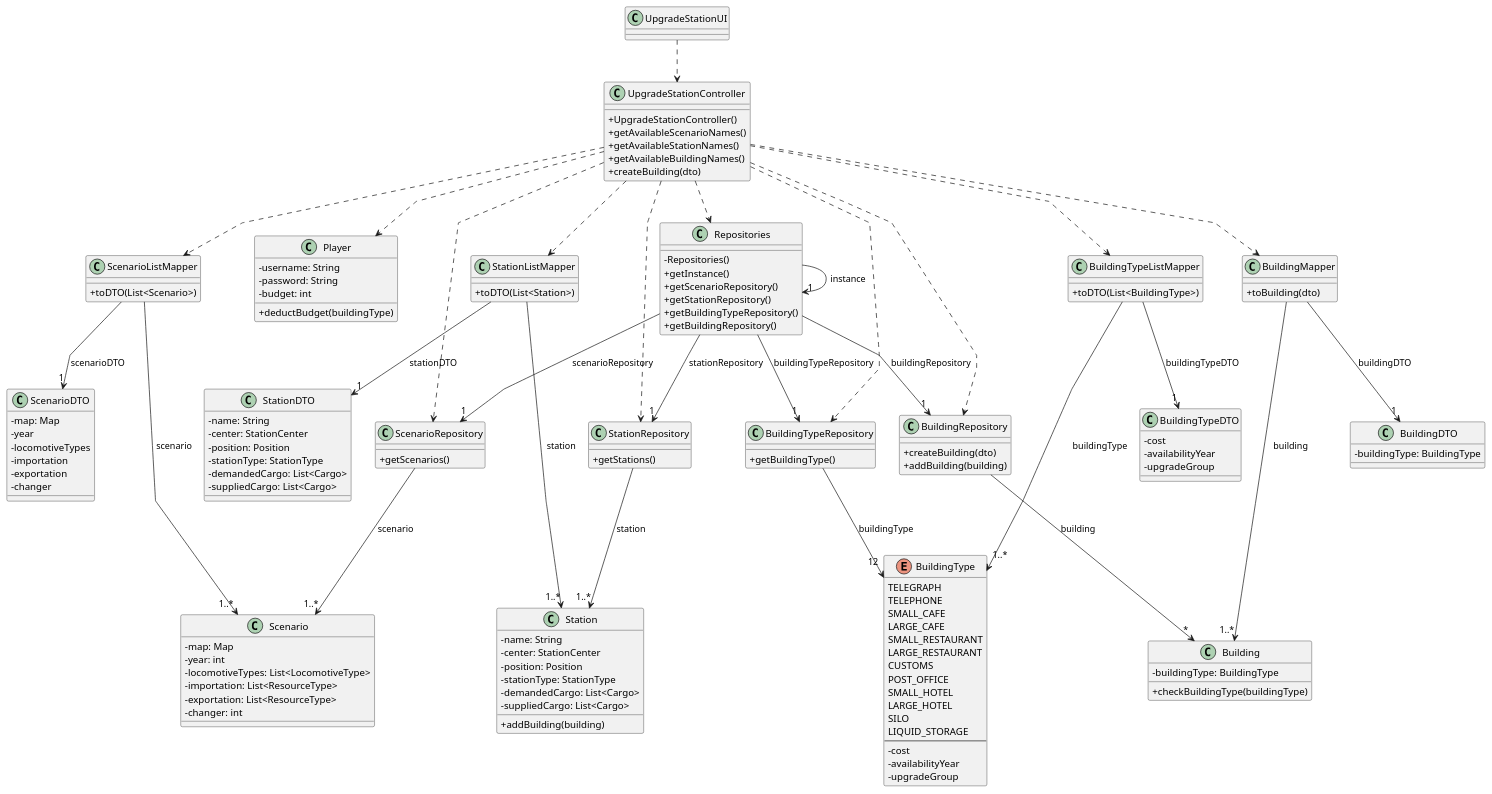
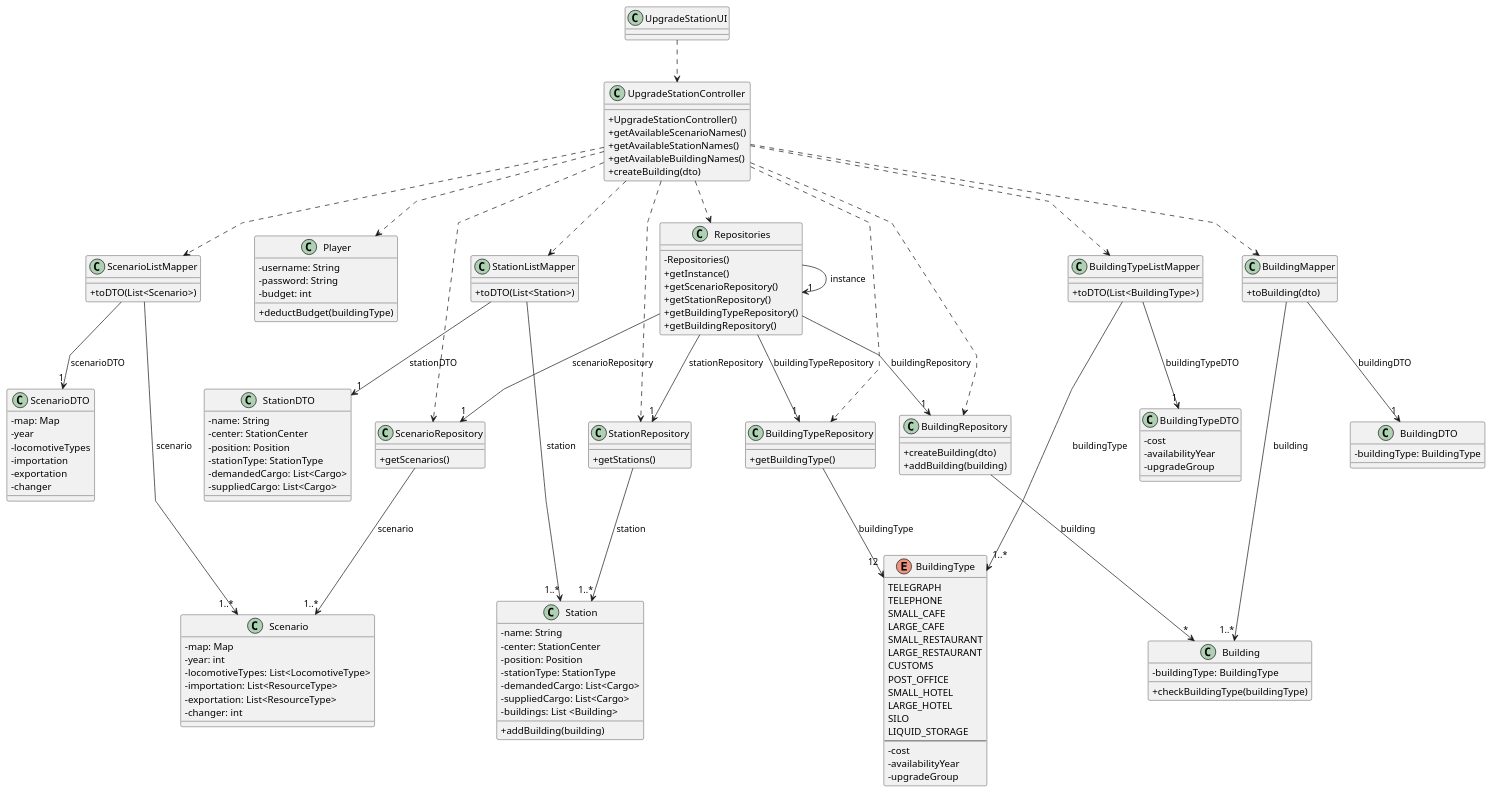
The diagram in Sprint3/US006/03.design/puml/US006-CD.puml (1240935/pi2-railway-simulator), drawn with PlantUML before and after one commit. The commit also changed 6 other files, not shown here.

```diff
--- a/Sprint3/US006/03.design/puml/US006-CD.puml
+++ b/Sprint3/US006/03.design/puml/US006-CD.puml
@@ -1,176 +1,177 @@
 @startuml
 'skinparam monochrome true
 skinparam packageStyle rectangle
 skinparam shadowing false
 skinparam linetype polyline
 'skinparam linetype orto
 
 skinparam classAttributeIconSize 0
 
 'left to right direction
 
 class UpgradeStationUI
 
 class UpgradeStationController {
   + UpgradeStationController()
   + getAvailableScenarioNames()
   + getAvailableStationNames()
   + getAvailableBuildingNames()
   + createBuilding(dto)
 }
 
 class Player {
     - username: String
     - password: String
     - budget: int
   + deductBudget(buildingType)
 }
 
 class Scenario{
     - map: Map
     - year: int
     - locomotiveTypes: List<LocomotiveType>
     - importation: List<ResourceType>
     - exportation: List<ResourceType>
     - changer: int
 }
 
 class Station {
     -name: String
     -center: StationCenter
     -position: Position
     -stationType: StationType
     -demandedCargo: List<Cargo>
     -suppliedCargo: List<Cargo>
+    -buildings: List <Building>
     +addBuilding(building)
 }
 
 class Building {
   - buildingType: BuildingType
   + checkBuildingType(buildingType)
 }
 
 enum BuildingType {
   TELEGRAPH
   TELEPHONE
   SMALL_CAFE
   LARGE_CAFE
   SMALL_RESTAURANT
   LARGE_RESTAURANT
   CUSTOMS
   POST_OFFICE
   SMALL_HOTEL
   LARGE_HOTEL
   SILO
   LIQUID_STORAGE
   --
   -cost
   -availabilityYear
   -upgradeGroup
 }
 
 class ScenarioDTO {
   - map: Map
   - year
   - locomotiveTypes
   - importation
   - exportation
   - changer
 }
 
 class StationDTO {
       -name: String
       -center: StationCenter
       -position: Position
       -stationType: StationType
       -demandedCargo: List<Cargo>
       -suppliedCargo: List<Cargo>
 }
 
 class BuildingTypeDTO {
   - cost
   - availabilityYear
   - upgradeGroup
 }
 
 class BuildingDTO {
     -buildingType: BuildingType
 }
 
 class Repositories {
   - Repositories()
   + getInstance()
   + getScenarioRepository()
   + getStationRepository()
   + getBuildingTypeRepository()
   + getBuildingRepository()
 }
 
 class ScenarioRepository {
   + getScenarios()
 }
 
 class StationRepository {
   + getStations()
  }
 
 class BuildingTypeRepository {
   + getBuildingType()
 }
 
 class BuildingRepository {
   + createBuilding(dto)
   + addBuilding(building)
 }
 
 class ScenarioListMapper {
   + toDTO(List<Scenario>)
 }
 
 class StationListMapper {
   + toDTO(List<Station>)
 }
 
 class BuildingTypeListMapper {
   + toDTO(List<BuildingType>)
 }
 
 class BuildingMapper {
   + toBuilding(dto)
 }
 
 UpgradeStationUI ..> UpgradeStationController
 
 UpgradeStationController ..> Repositories
 UpgradeStationController ..> ScenarioListMapper
 UpgradeStationController ..> StationListMapper
 UpgradeStationController ..> BuildingTypeListMapper
 UpgradeStationController ..> BuildingMapper
 UpgradeStationController ..> Player
 UpgradeStationController ..> StationRepository
 UpgradeStationController ..> ScenarioRepository
 UpgradeStationController ..> BuildingTypeRepository
 UpgradeStationController ..> BuildingRepository
 
 Repositories -> "1" Repositories : instance
 Repositories --> "1" ScenarioRepository: scenarioRepository
 Repositories --> "1" StationRepository: stationRepository
 Repositories --> "1" BuildingTypeRepository: buildingTypeRepository
 Repositories --> "1" BuildingRepository: buildingRepository
 
 StationRepository --> "1..*" Station: station
 ScenarioRepository --> "1..*" Scenario: scenario
 BuildingTypeRepository --> "12" BuildingType: buildingType
 BuildingRepository --> "*" Building: building
 
 
 ScenarioListMapper --> "1" ScenarioDTO: scenarioDTO
 ScenarioListMapper --> "1..*" Scenario: scenario
 StationListMapper --> "1" StationDTO: stationDTO
 StationListMapper --> "1..*" Station: station
 BuildingTypeListMapper --> "1" BuildingTypeDTO: buildingTypeDTO
 BuildingTypeListMapper --> "1..*" BuildingType: buildingType
 BuildingMapper --> "1..*" Building: building
 BuildingMapper --> "1" BuildingDTO: buildingDTO
 
 @enduml
```
